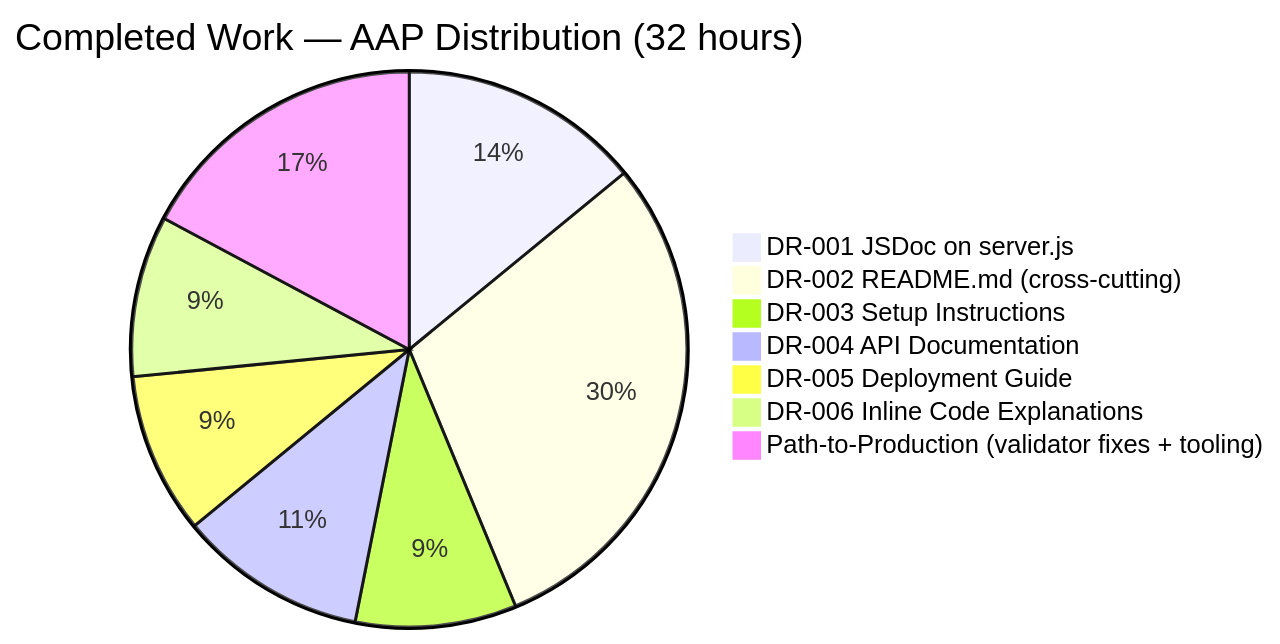
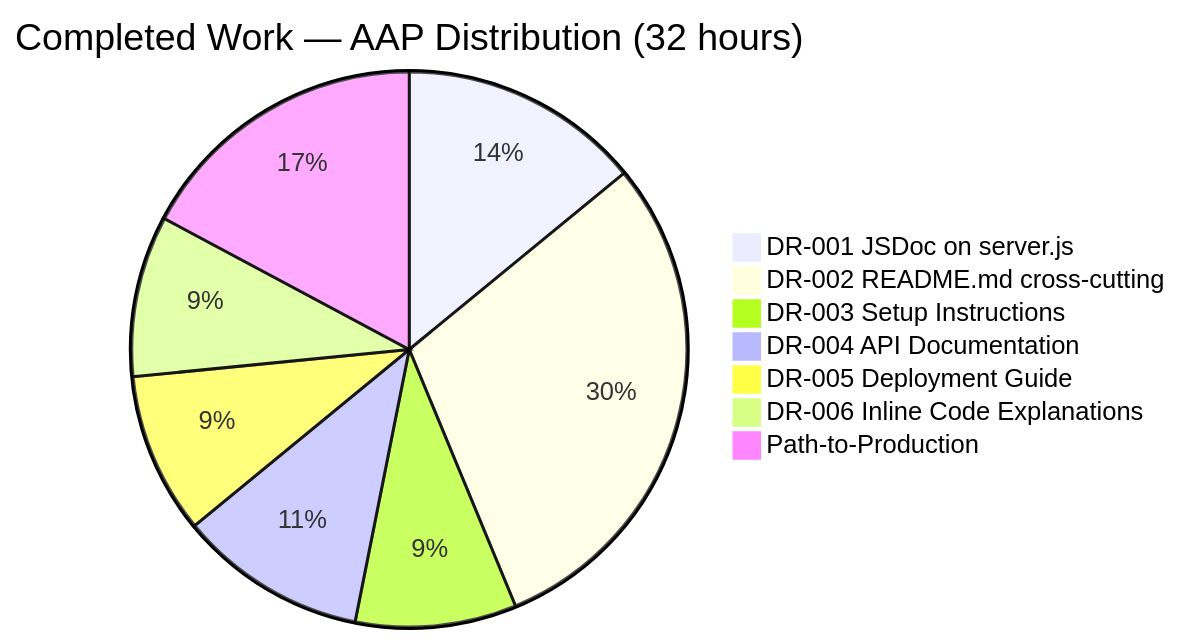
The fourth of 4 diagrams in blitzy/documentation/Project Guide.md (lakshya-blitzy/Feb_Repo), drawn with Mermaid before and after one commit. The commit also changed other lines of this file, not shown here.

Commit message:
Adding Blitzy Project Guide: Project Status and Human Tasks Remaining

````diff
--- a/blitzy/documentation/Project Guide.md
+++ b/blitzy/documentation/Project Guide.md
@@ -229,10 +236,10 @@
 ```mermaid
 pie title Completed Work — AAP Distribution (32 hours)
     "DR-001 JSDoc on server.js" : 4.5
-    "DR-002 README.md (cross-cutting)" : 9.5
-    "DR-003 Setup Instructions" : 3
+    "DR-002 README.md cross-cutting" : 9.5
+    "DR-003 Setup Instructions" : 3.0
     "DR-004 API Documentation" : 3.5
-    "DR-005 Deployment Guide" : 3
-    "DR-006 Inline Code Explanations" : 3
-    "Path-to-Production (validator fixes + tooling)" : 5.5
+    "DR-005 Deployment Guide" : 3.0
+    "DR-006 Inline Code Explanations" : 3.0
+    "Path-to-Production" : 5.5
 ```
````
